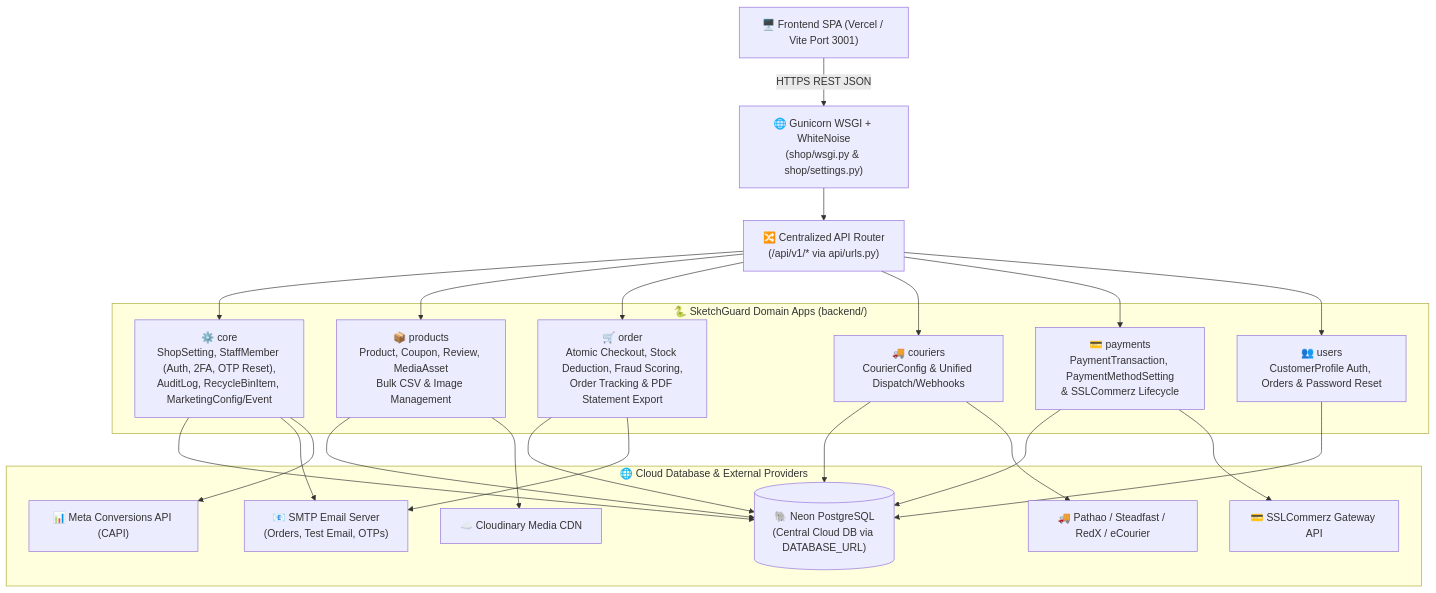
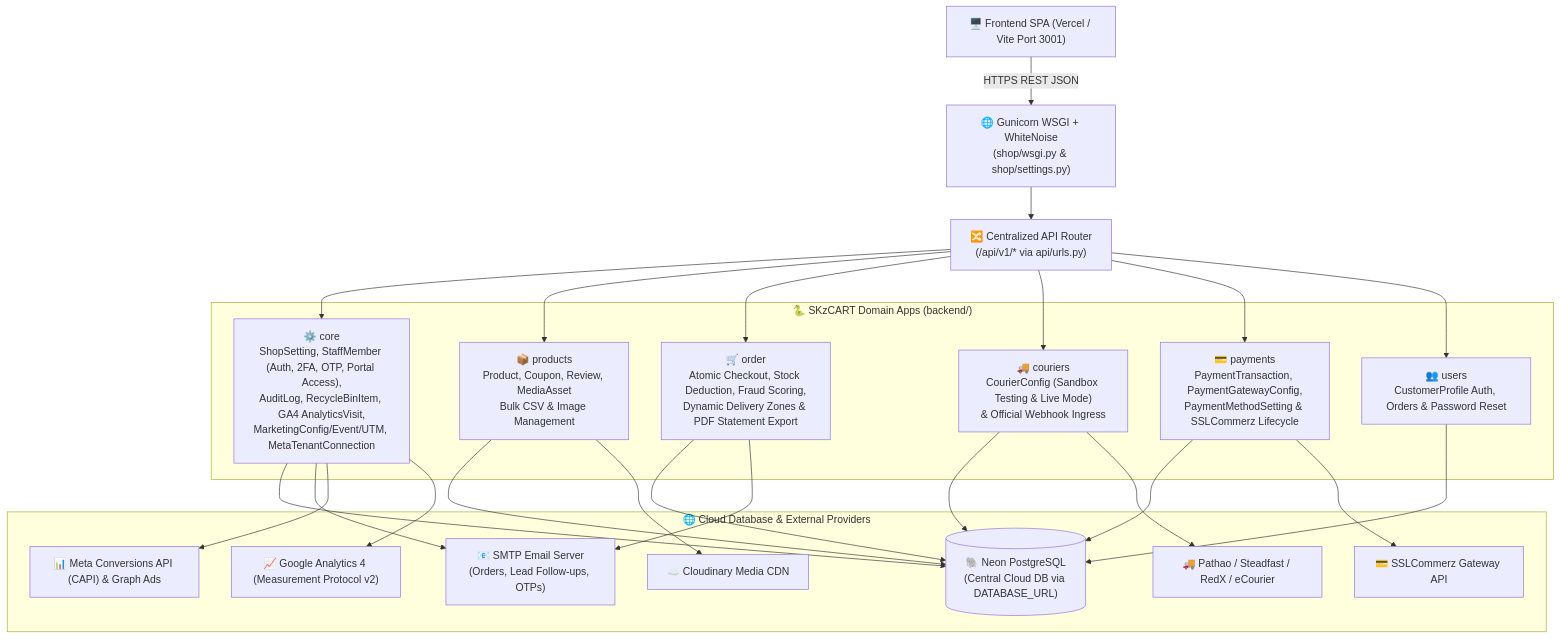
One commit to SayhamKayes/SKzCART-Ecommerce-Backend changed the first of 4 diagrams in README.md. Above: the diagram before and after it, drawn with Mermaid. The commit also changed other lines of this file, not shown here.

Commit message:
Update the backend README.md file

````diff
--- a/README.md
+++ b/README.md
@@ -27,44 +29,46 @@
 ```mermaid
 graph TB
     Client["🖥️ Frontend SPA (Vercel / Vite Port 3001)"] -->|HTTPS REST JSON| WSGI["🌐 Gunicorn WSGI + WhiteNoise<br/>(shop/wsgi.py & shop/settings.py)"]
     WSGI --> Router["🔀 Centralized API Router<br/>(/api/v1/* via api/urls.py)"]
 
-    subgraph Django_Apps["🐍 SketchGuard Domain Apps (backend/)"]
-        Core["⚙️ core<br/>ShopSetting, StaffMember (Auth, 2FA, OTP Reset),<br/>AuditLog, RecycleBinItem, MarketingConfig/Event"]
-        Products["📦 products<br/>Product, Coupon, Review, MediaAsset<br/>Bulk CSV & Image Management"]
-        Order["🛒 order<br/>Atomic Checkout, Stock Deduction, Fraud Scoring,<br/>Order Tracking & PDF Statement Export"]
-        Couriers["🚚 couriers<br/>CourierConfig & Unified Dispatch/Webhooks"]
-        Payments["💳 payments<br/>PaymentTransaction, PaymentMethodSetting<br/>& SSLCommerz Lifecycle"]
-        Users["👥 users<br/>CustomerProfile Auth, Orders & Password Reset"]
+    subgraph Django_Apps["🐍 SKzCART Domain Apps (backend/)"]
+        Core["⚙️ core<br/>ShopSetting, StaffMember (Auth, 2FA, OTP, Portal Access),<br/>AuditLog, RecycleBinItem, GA4 AnalyticsVisit,<br/>MarketingConfig/Event/UTM, MetaTenantConnection"]
+        Products["📦 products<br/>Product, Coupon, Review, MediaAsset<br/>Bulk CSV &amp; Image Management"]
+        Order["🛒 order<br/>Atomic Checkout, Stock Deduction, Fraud Scoring,<br/>Dynamic Delivery Zones &amp; PDF Statement Export"]
+        Couriers["🚚 couriers<br/>CourierConfig (Sandbox Testing &amp; Live Mode)<br/>&amp; Official Webhook Ingress"]
+        Payments["💳 payments<br/>PaymentTransaction, PaymentGatewayConfig,<br/>PaymentMethodSetting &amp; SSLCommerz Lifecycle"]
+        Users["👥 users<br/>CustomerProfile Auth, Orders &amp; Password Reset"]
     end
 
     subgraph External_Infrastructure["🌐 Cloud Database & External Providers"]
         Neon[("🐘 Neon PostgreSQL<br/>(Central Cloud DB via DATABASE_URL)")]
         Cloudinary["☁️ Cloudinary Media CDN"]
         SSLCommerz["💳 SSLCommerz Gateway API"]
-        SMTP["📧 SMTP Email Server<br/>(Orders, Test Email, OTPs)"]
+        SMTP["📧 SMTP Email Server<br/>(Orders, Lead Follow-ups, OTPs)"]
         Logistics["🚚 Pathao / Steadfast / RedX / eCourier"]
-        MetaCAPI["📊 Meta Conversions API (CAPI)"]
+        MetaCAPI["📊 Meta Conversions API (CAPI) &amp; Graph Ads"]
+        GA4["📈 Google Analytics 4 (Measurement Protocol v2)"]
     end
 
     Router --> Core
     Router --> Products
     Router --> Order
     Router --> Couriers
     Router --> Payments
     Router --> Users
 
     Core --> Neon
     Products --> Neon
     Order --> Neon
     Couriers --> Neon
     Payments --> Neon
     Users --> Neon
 
     Products --> Cloudinary
     Payments --> SSLCommerz
     Core --> SMTP
     Order --> SMTP
     Core --> MetaCAPI
+    Core --> GA4
     Couriers --> Logistics
 ```
````
